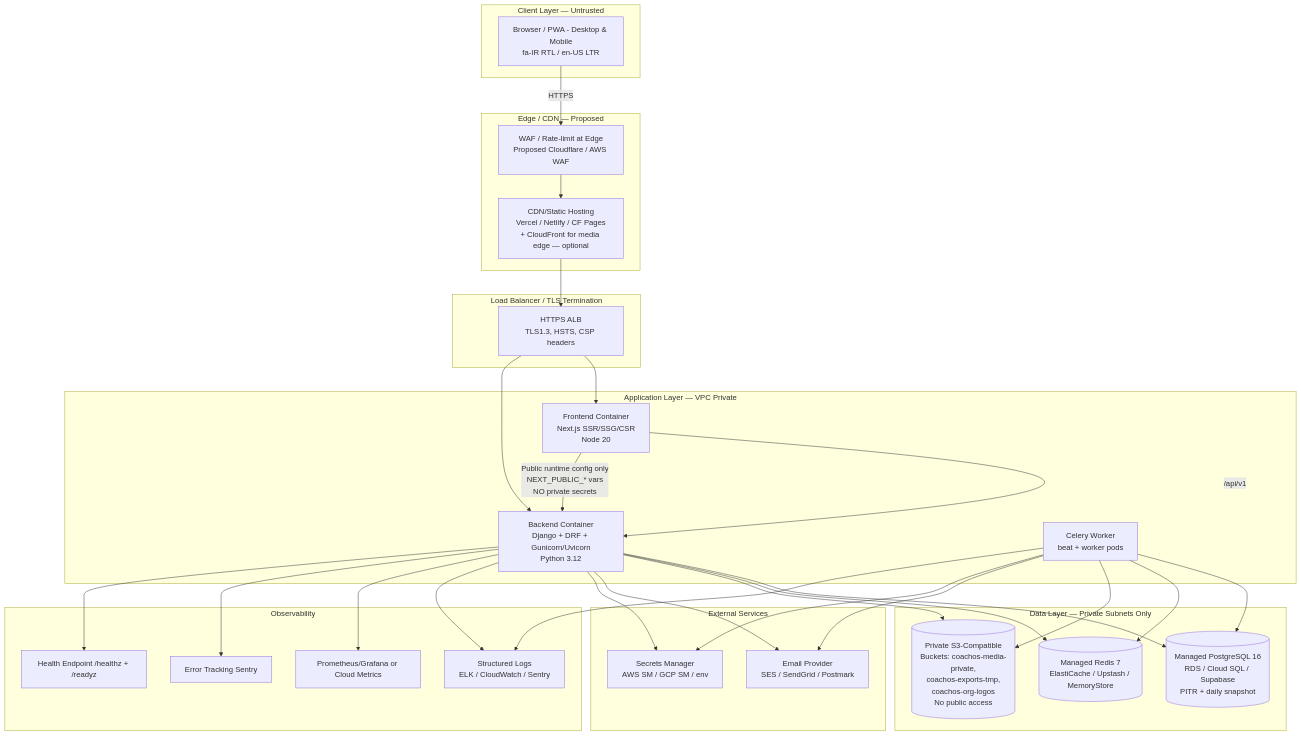
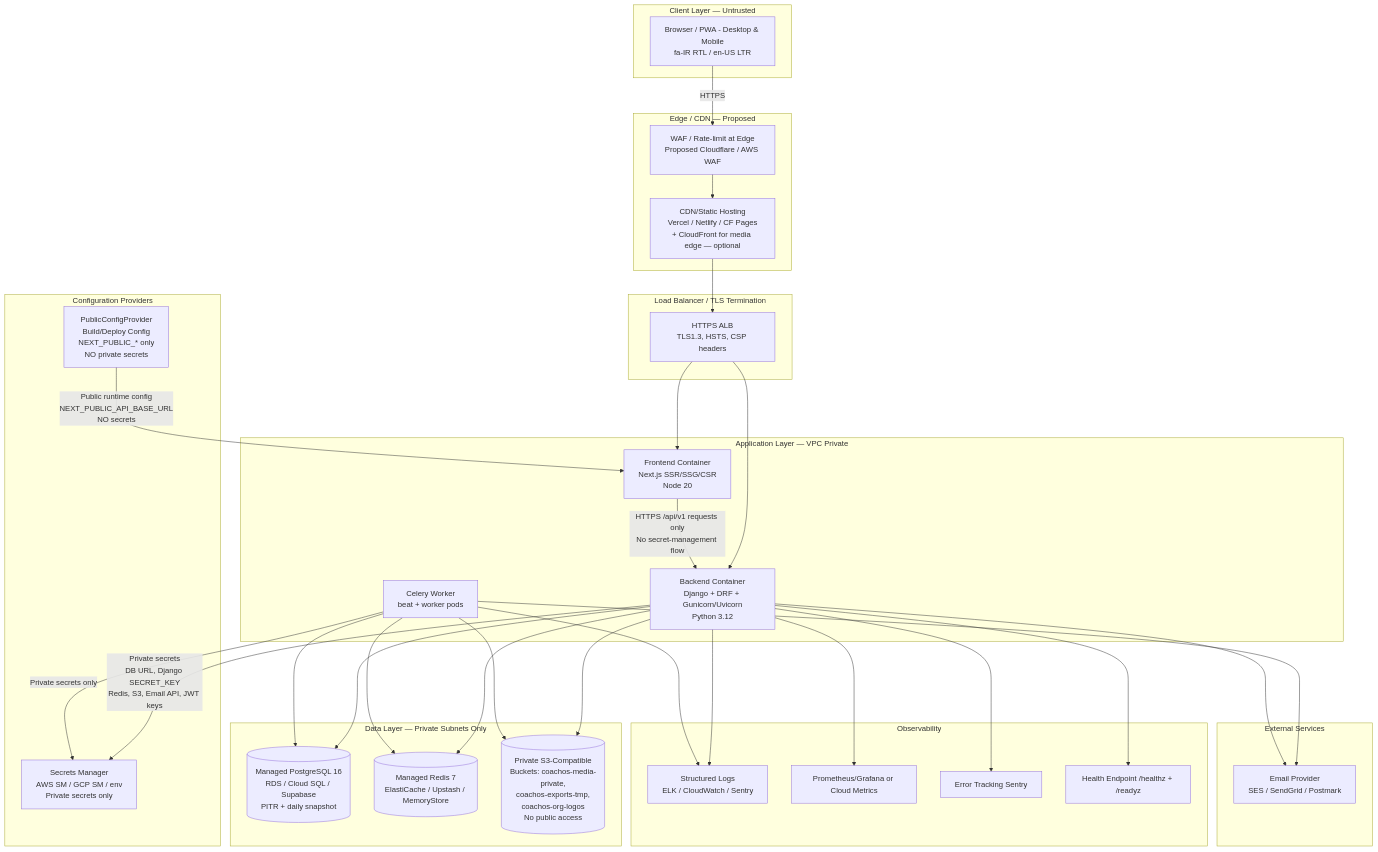
The first of 2 diagrams in docs/architecture/DEPLOYMENT_ARCHITECTURE.md (AliNaderiii/CoachOS-Fitness-Coaching-Platform), drawn with Mermaid before and after one commit. The commit also changed other lines of this file and 9 other files, not shown here.

````diff
--- a/docs/architecture/DEPLOYMENT_ARCHITECTURE.md
+++ b/docs/architecture/DEPLOYMENT_ARCHITECTURE.md
@@ -11,61 +11,65 @@
 ```mermaid
 flowchart TB
     subgraph Client [Client Layer — Untrusted]
         Browser[Browser / PWA - Desktop & Mobile<br/>fa-IR RTL / en-US LTR]
     end
 
     subgraph Edge [Edge / CDN — Proposed]
         CDN[CDN/Static Hosting<br/>Vercel / Netlify / CF Pages<br/>+ CloudFront for media edge — optional]
         WAF[WAF / Rate-limit at Edge<br/>Proposed Cloudflare / AWS WAF]
     end
 
     subgraph LB [Load Balancer / TLS Termination]
         ALB[HTTPS ALB<br/>TLS1.3, HSTS, CSP headers]
     end
 
     subgraph App [Application Layer — VPC Private]
         FE[Frontend Container<br/>Next.js SSR/SSG/CSR<br/>Node 20]
         BE[Backend Container<br/>Django + DRF + Gunicorn/Uvicorn<br/>Python 3.12]
         Worker[Celery Worker<br/>beat + worker pods]
     end
 
     subgraph Data [Data Layer — Private Subnets Only]
         PG[(Managed PostgreSQL 16<br/>RDS / Cloud SQL / Supabase<br/>PITR + daily snapshot)]
         Redis[(Managed Redis 7<br/>ElastiCache / Upstash / MemoryStore)]
         S3[(Private S3-Compatible<br/>Buckets: coachos-media-private,<br/>coachos-exports-tmp,<br/>coachos-org-logos<br/>No public access)]
     end
 
     subgraph Observ [Observability]
         Logs[Structured Logs<br/>ELK / CloudWatch / Sentry]
         Metrics[Prometheus/Grafana or Cloud Metrics]
         SentryErr[Error Tracking Sentry]
         Health[Health Endpoint /healthz + /readyz]
     end
 
+    subgraph Config [Configuration Providers]
+        PublicConfig[PublicConfigProvider<br/>Build/Deploy Config<br/>NEXT_PUBLIC_* only<br/>NO private secrets]
+        SecretMgr[Secrets Manager<br/>AWS SM / GCP SM / env<br/>Private secrets only]
+    end
+
     subgraph External [External Services]
         EmailSvc[Email Provider<br/>SES / SendGrid / Postmark]
-        SecretMgr[Secrets Manager<br/>AWS SM / GCP SM / env]
     end
 
     Browser -->|HTTPS| WAF --> CDN
     CDN --> ALB
     ALB --> FE
     ALB --> BE
-    FE -->|/api/v1| BE
+    PublicConfig -->|Public runtime config<br/>NEXT_PUBLIC_API_BASE_URL<br/>NO secrets| FE
+    FE -->|HTTPS /api/v1 requests only<br/>No secret-management flow| BE
     BE --> PG
     BE --> Redis
     BE --> S3
     Worker --> PG
     Worker --> Redis
     Worker --> S3
     Worker --> EmailSvc
     BE --> EmailSvc
-    BE --> SecretMgr
-    Worker --> SecretMgr
-    FE -->|Public runtime config only<br/>NEXT_PUBLIC_* vars<br/>NO private secrets| BE
+    BE -->|Private secrets<br/>DB URL, Django SECRET_KEY<br/>Redis, S3, Email API, JWT keys| SecretMgr
+    Worker -->|Private secrets only| SecretMgr
     BE --> Logs
     BE --> Metrics
     BE --> SentryErr
     BE --> Health
     Worker --> Logs
 ```
````
